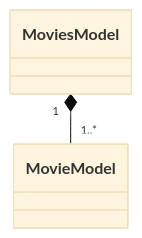
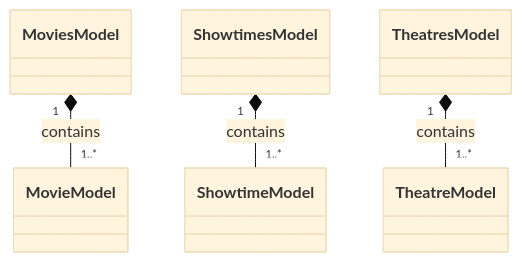
Before and after one commit to StateMachineJunkie/AMCAPI: the diagram in README.md, drawn with Mermaid (base theme). The commit also changed other lines of this file, not shown here.

Commit message:
Added Domain diagram.

````diff
--- a/README.md
+++ b/README.md
@@ -30,4 +20,6 @@
 ```mermaid
 classDiagram
-	MoviesModel "1" *-- "1..*" MovieModel
+	MoviesModel "1" *-- "1..*" MovieModel: contains
+	ShowtimesModel "1" *-- "1..*" ShowtimeModel: contains
+	TheatresModel "1" *-- "1..*" TheatreModel: contains
 ```
````
